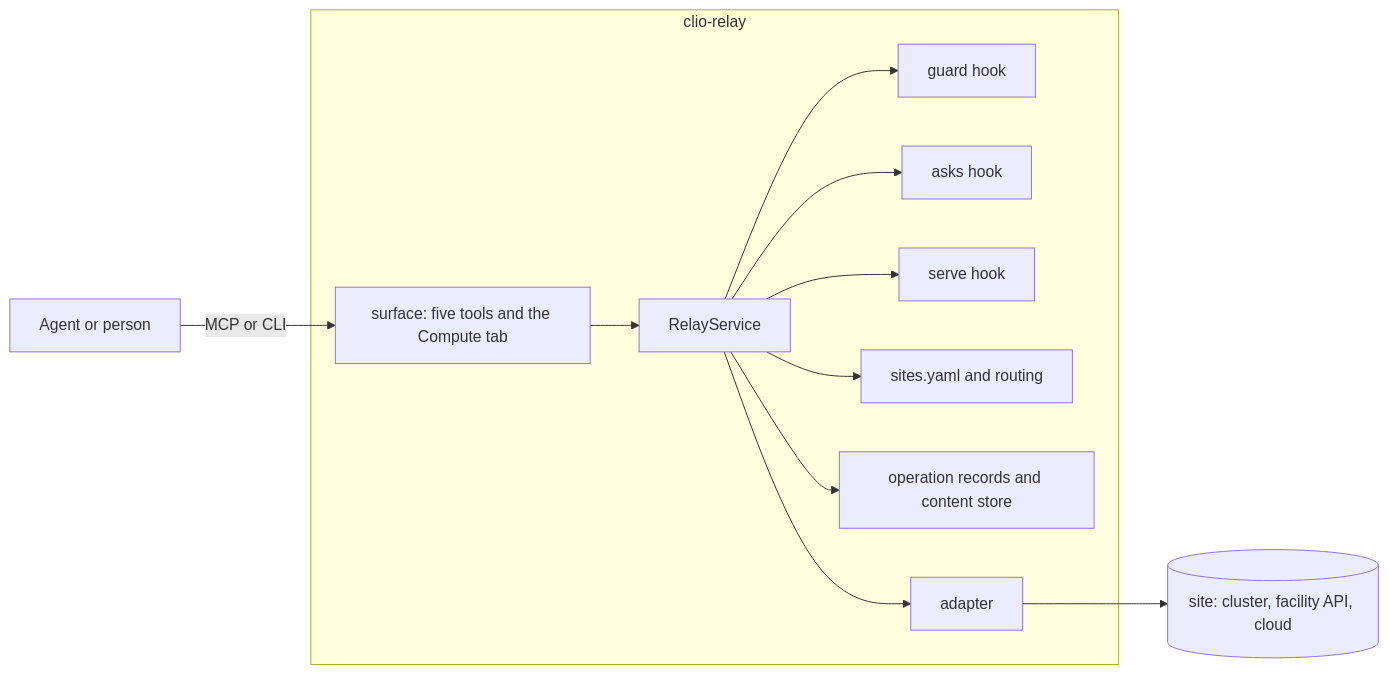
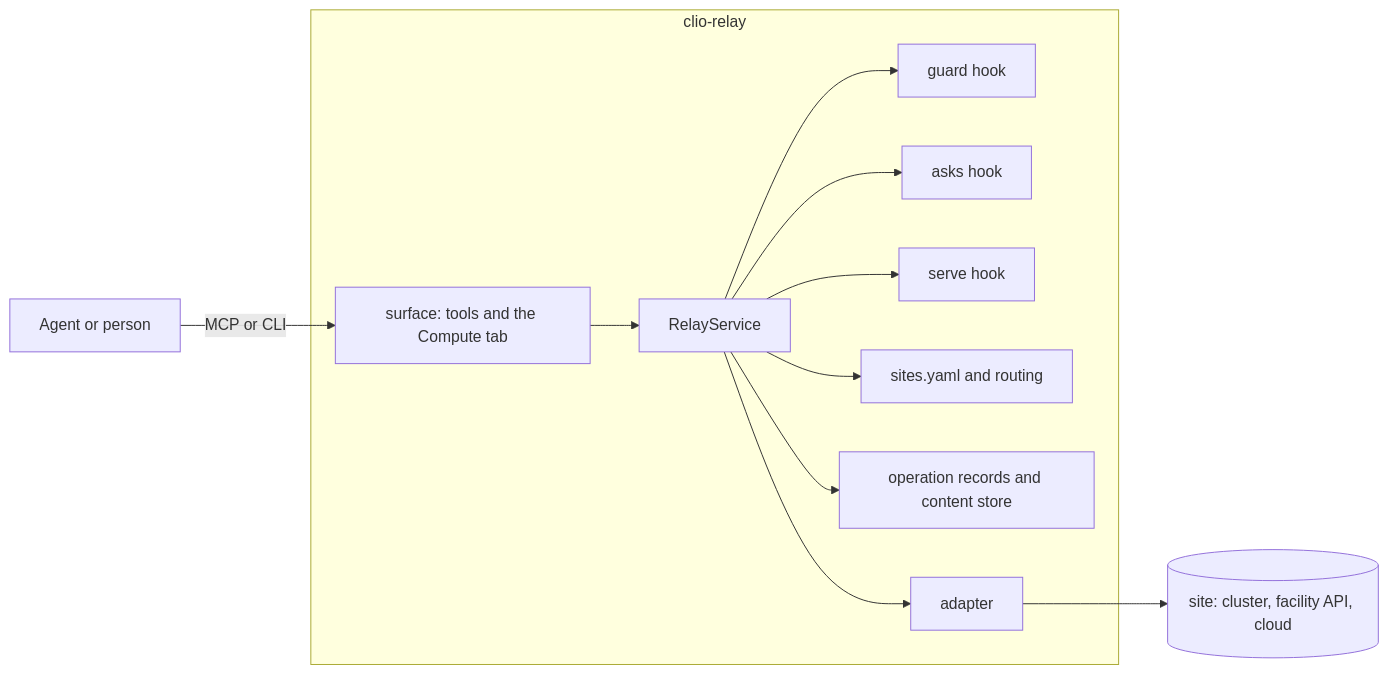
One commit to iowarp/clio-relay changed the diagram in docs/architecture.md. Above: the diagram before and after it, drawn with Mermaid. The commit also changed other lines of this file and 19 other files, not shown here.

````diff
--- a/docs/architecture.md
+++ b/docs/architecture.md
@@ -7,14 +8,14 @@
 ```mermaid
 flowchart LR
     agent[Agent or person] -->|MCP or CLI| surface
     subgraph relay[clio-relay]
-        surface[surface: five tools and the Compute tab] --> service[RelayService]
+        surface[surface: tools and the Compute tab] --> service[RelayService]
         service --> guard[guard hook]
         service --> asks[asks hook]
         service --> serve[serve hook]
         service --> sites[sites.yaml and routing]
         service --> records[operation records and content store]
         service --> adapter[adapter]
     end
     adapter --> site[(site: cluster, facility API, cloud)]
 ```
````
